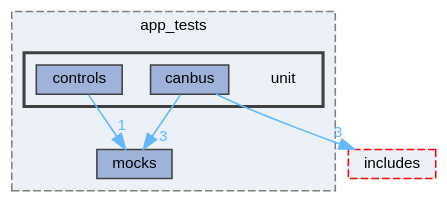
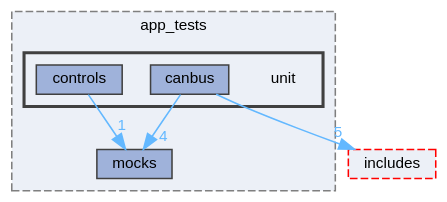
The diagram in docs/dir_9f3cf4e9959d69a629065a14f6a7ea01_dep.dot (SEAME-pt/2024-2025-HotWheels), drawn with Graphviz before and after one commit. The commit also changed 223 other files, not shown here.

```diff
--- a/docs/dir_9f3cf4e9959d69a629065a14f6a7ea01_dep.dot
+++ b/docs/dir_9f3cf4e9959d69a629065a14f6a7ea01_dep.dot
@@ -1,22 +1,22 @@
 digraph "app/app_tests/unit"
 {
  // LATEX_PDF_SIZE
   bgcolor="transparent";
   edge [fontname=Helvetica,fontsize=10,labelfontname=Helvetica,labelfontsize=10];
   node [fontname=Helvetica,fontsize=10,shape=box,height=0.2,width=0.4];
   compound=true
   subgraph clusterdir_233f5a9e11cb958617720b9aa5e796d9 {
     graph [ bgcolor="#ecf0f7", pencolor="grey50", label="app_tests", fontname=Helvetica,fontsize=10 style="filled,dashed", URL="dir_233f5a9e11cb958617720b9aa5e796d9.html",tooltip=""]
   dir_88a79e1a5ce881f0266bc136e739785e [label="mocks", fillcolor="#9fb2da", color="grey25", style="filled", URL="dir_88a79e1a5ce881f0266bc136e739785e.html",tooltip=""];
   subgraph clusterdir_9f3cf4e9959d69a629065a14f6a7ea01 {
     graph [ bgcolor="#ecf0f7", pencolor="grey25", label="", fontname=Helvetica,fontsize=10 style="filled,bold", URL="dir_9f3cf4e9959d69a629065a14f6a7ea01.html",tooltip=""]
     dir_9f3cf4e9959d69a629065a14f6a7ea01 [shape=plaintext, label="unit"];
   dir_f4ace13d0aacd39de1d84f7f5e87bc22 [label="canbus", fillcolor="#9fb2da", color="grey25", style="filled", URL="dir_f4ace13d0aacd39de1d84f7f5e87bc22.html",tooltip=""];
   dir_b9a1d3f7838483448b76b914aa076fd2 [label="controls", fillcolor="#9fb2da", color="grey25", style="filled", URL="dir_b9a1d3f7838483448b76b914aa076fd2.html",tooltip=""];
   }
   }
   dir_1c5c03227cca0102ee47bee331c2b55d [label="includes", fillcolor="#ecf0f7", color="red", style="filled,dashed", URL="dir_1c5c03227cca0102ee47bee331c2b55d.html",tooltip=""];
-  dir_f4ace13d0aacd39de1d84f7f5e87bc22->dir_1c5c03227cca0102ee47bee331c2b55d [headlabel="3", labeldistance=1.5 headhref="dir_000002_000012.html" href="dir_000002_000012.html" color="steelblue1" fontcolor="steelblue1"];
-  dir_f4ace13d0aacd39de1d84f7f5e87bc22->dir_88a79e1a5ce881f0266bc136e739785e [headlabel="3", labeldistance=1.5 headhref="dir_000002_000017.html" href="dir_000002_000017.html" color="steelblue1" fontcolor="steelblue1"];
+  dir_f4ace13d0aacd39de1d84f7f5e87bc22->dir_1c5c03227cca0102ee47bee331c2b55d [headlabel="5", labeldistance=1.5 headhref="dir_000002_000012.html" href="dir_000002_000012.html" color="steelblue1" fontcolor="steelblue1"];
+  dir_f4ace13d0aacd39de1d84f7f5e87bc22->dir_88a79e1a5ce881f0266bc136e739785e [headlabel="4", labeldistance=1.5 headhref="dir_000002_000017.html" href="dir_000002_000017.html" color="steelblue1" fontcolor="steelblue1"];
   dir_b9a1d3f7838483448b76b914aa076fd2->dir_88a79e1a5ce881f0266bc136e739785e [headlabel="1", labeldistance=1.5 headhref="dir_000005_000017.html" href="dir_000005_000017.html" color="steelblue1" fontcolor="steelblue1"];
 }
```
